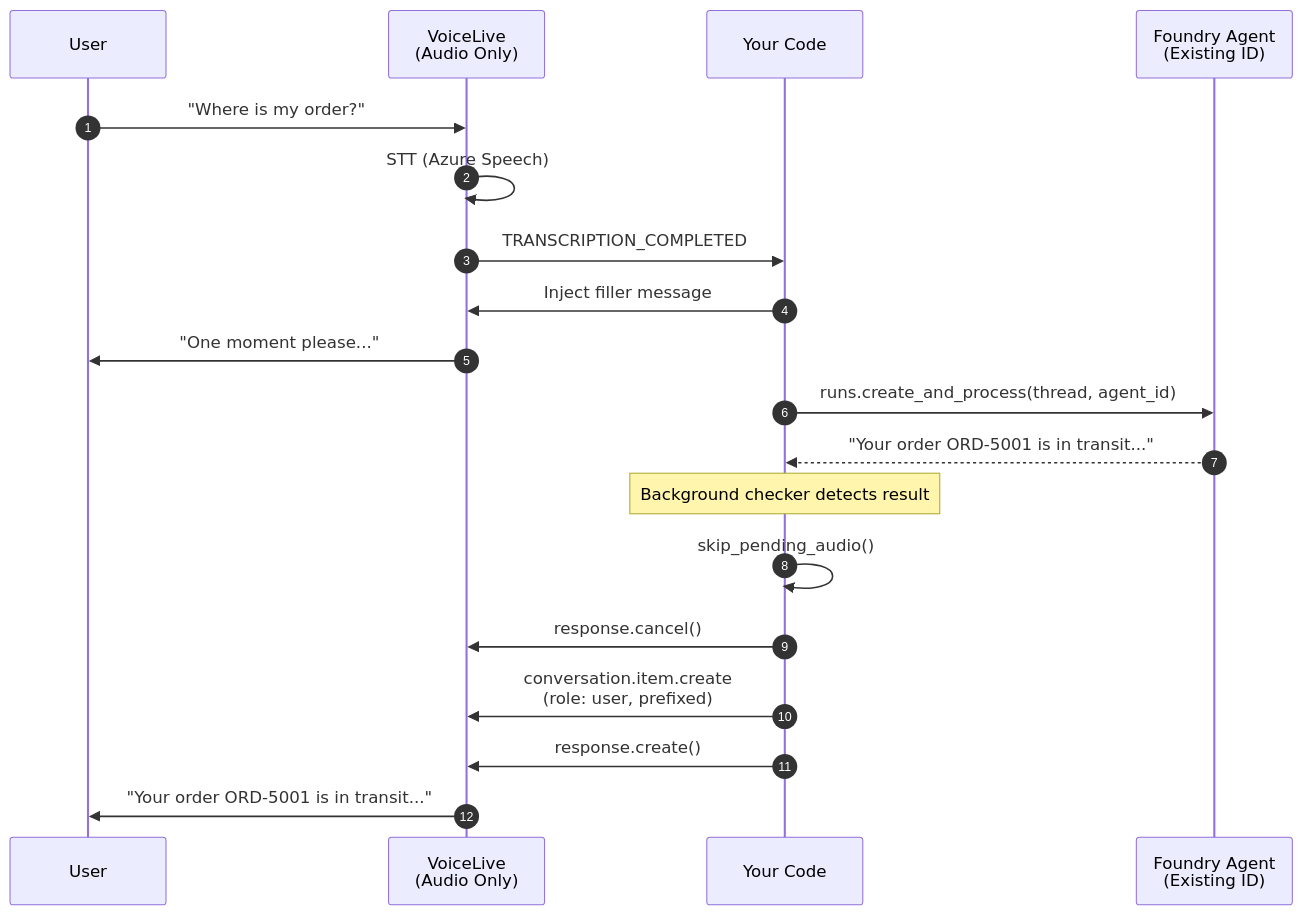
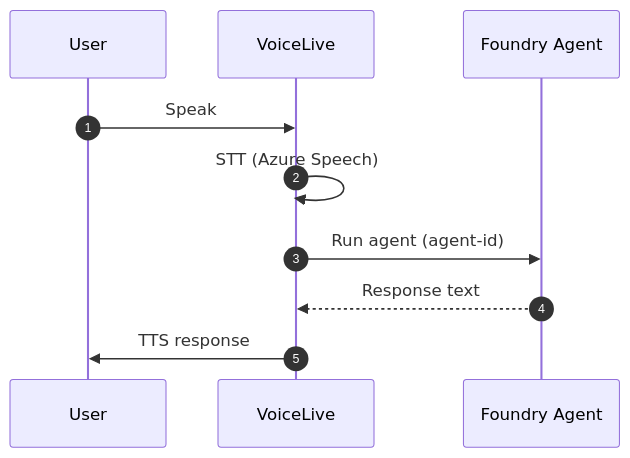
One commit to DittmannAxel/AgenticWorkshopFeb26 changed the diagram in voiceAgentAgentic/02_agent_tools/README.md. Above: the diagram before and after it, drawn with Mermaid. The commit also changed other lines of this file and 1 other file, not shown here.

Commit message:
Update 02_agent_tools VoiceLive agent integration

````diff
--- a/voiceAgentAgentic/02_agent_tools/README.md
+++ b/voiceAgentAgentic/02_agent_tools/README.md
@@ -9,26 +9,13 @@
 ```mermaid
 sequenceDiagram
     autonumber
     participant U as User
-    participant VL as VoiceLive<br/>(Audio Only)
-    participant Code as Your Code
-    participant Agent as Foundry Agent<br/>(Existing ID)
+    participant VL as VoiceLive
+    participant Agent as Foundry Agent
 
-    U->>VL: "Where is my order?"
+    U->>VL: Speak
     VL->>VL: STT (Azure Speech)
-    VL->>Code: TRANSCRIPTION_COMPLETED
-
-    Code->>VL: Inject filler message
-    VL->>U: "One moment please..."
-
-    Code->>Agent: runs.create_and_process(thread, agent_id)
-    Agent-->>Code: "Your order ORD-5001 is in transit..."
-
-    Note over Code: Background checker detects result
-
-    Code->>Code: skip_pending_audio()
-    Code->>VL: response.cancel()
-    Code->>VL: conversation.item.create<br/>(role: user, prefixed)
-    Code->>VL: response.create()
-    VL->>U: "Your order ORD-5001 is in transit..."
+    VL->>Agent: Run agent (agent-id)
+    Agent-->>VL: Response text
+    VL->>U: TTS response
 ```
````
